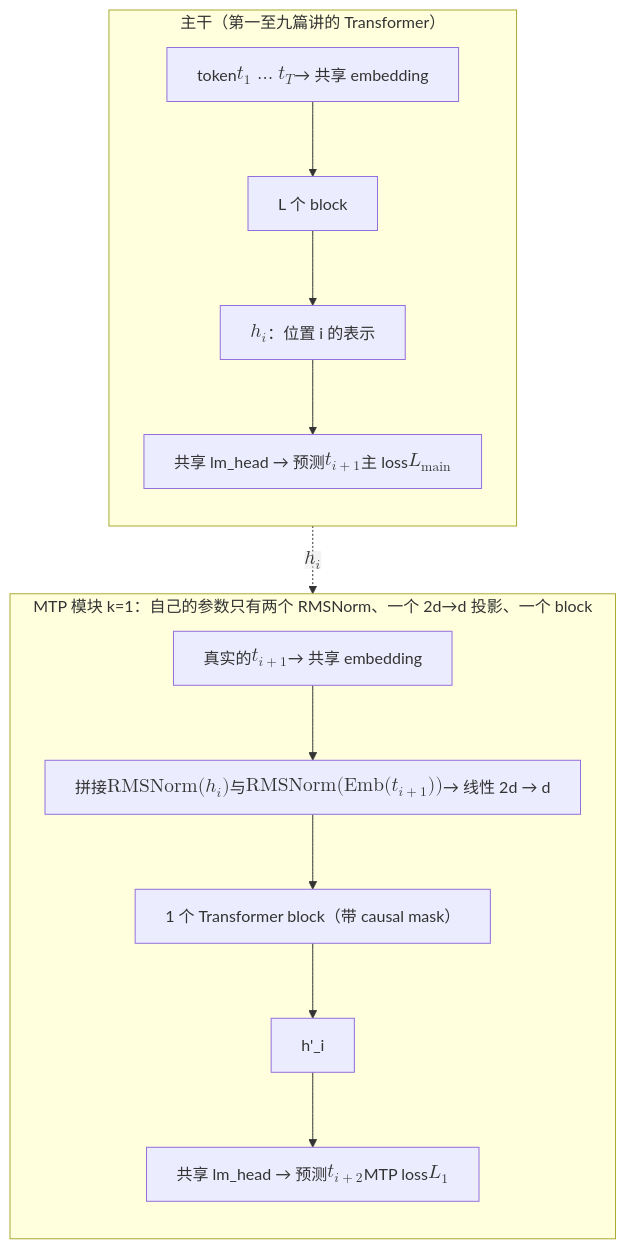
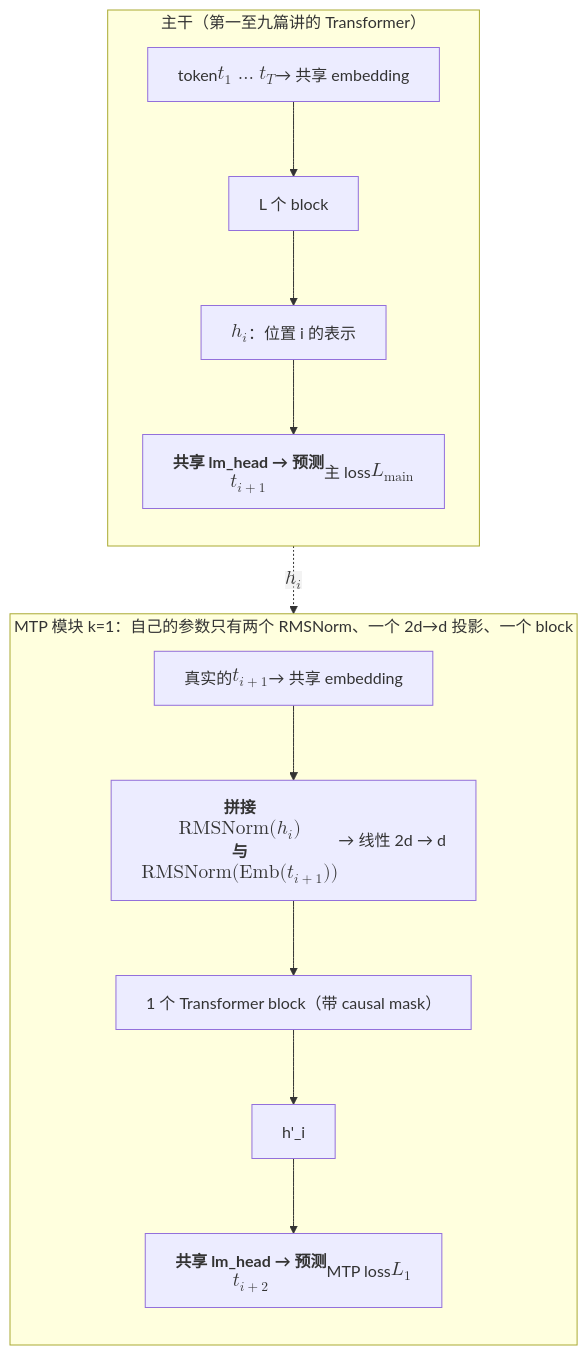
Before and after one commit to arganzheng/arganzheng.github.com: the diagram in _posts/2026-04-05-multi-token-prediction-mtp.md, drawn with Mermaid. The commit also changed 9 other files, not shown here.

First line of the commit message:
现代 LLM 结构：从 GPT-2 到今天的演进：Mermaid 多行方框的首行标为标题（10 篇）

````diff
--- a/_posts/2026-04-05-multi-token-prediction-mtp.md
+++ b/_posts/2026-04-05-multi-token-prediction-mtp.md
@@ -64,17 +64,17 @@
 ```mermaid
 %%{init: {"flowchart": {"wrappingWidth": 300}}}%%
 %% 图：DeepSeek-V3 的 MTP（D=1）：主干对位置 i 输出 h_i，主头预测 t_{i+1}；MTP 模块把 RMSNorm(h_i) 与 RMSNorm(Emb(t_{i+1})) 拼接、线性投影回 d 维、过一个 Transformer block 得到 h'_i，用共享的 lm_head 预测 t_{i+2}；embedding 表与 lm_head 两处共享，只有 norm、投影、block 是 MTP 自己的参数
 flowchart TB
     subgraph MAIN["主干（第一至九篇讲的 Transformer）"]
         direction TB
         IN["token $$t_1 \ldots t_T$$ → 共享 embedding"] --> L["L 个 block"] --> H["$$h_i$$：位置 i 的表示"]
-        H --> HEAD1["共享 lm_head → 预测 $$t_{i+1}$$<br/>主 loss $$L_{\text{main}}$$"]
+        H --> HEAD1["<b>共享 lm_head → 预测 $$t_{i+1}$$</b><br/>主 loss $$L_{\text{main}}$$"]
     end
     subgraph MTP["MTP 模块 k=1：自己的参数只有两个 RMSNorm、一个 2d→d 投影、一个 block"]
         direction TB
-        E["真实的 $$t_{i+1}$$ → 共享 embedding"] --> CAT["拼接 $$\text{RMSNorm}(h_i)$$ 与 $$\text{RMSNorm}(\text{Emb}(t_{i+1}))$$<br/>→ 线性 2d → d"]
+        E["真实的 $$t_{i+1}$$ → 共享 embedding"] --> CAT["<b>拼接 $$\text{RMSNorm}(h_i)$$ 与 $$\text{RMSNorm}(\text{Emb}(t_{i+1}))$$</b><br/>→ 线性 2d → d"]
         CAT --> B1["1 个 Transformer block（带 causal mask）"] --> H2["h'_i"]
-        H2 --> HEAD2["共享 lm_head → 预测 $$t_{i+2}$$<br/>MTP loss $$L_1$$"]
+        H2 --> HEAD2["<b>共享 lm_head → 预测 $$t_{i+2}$$</b><br/>MTP loss $$L_1$$"]
     end
     H -. "$$h_i$$" .-> CAT
 ```
````
